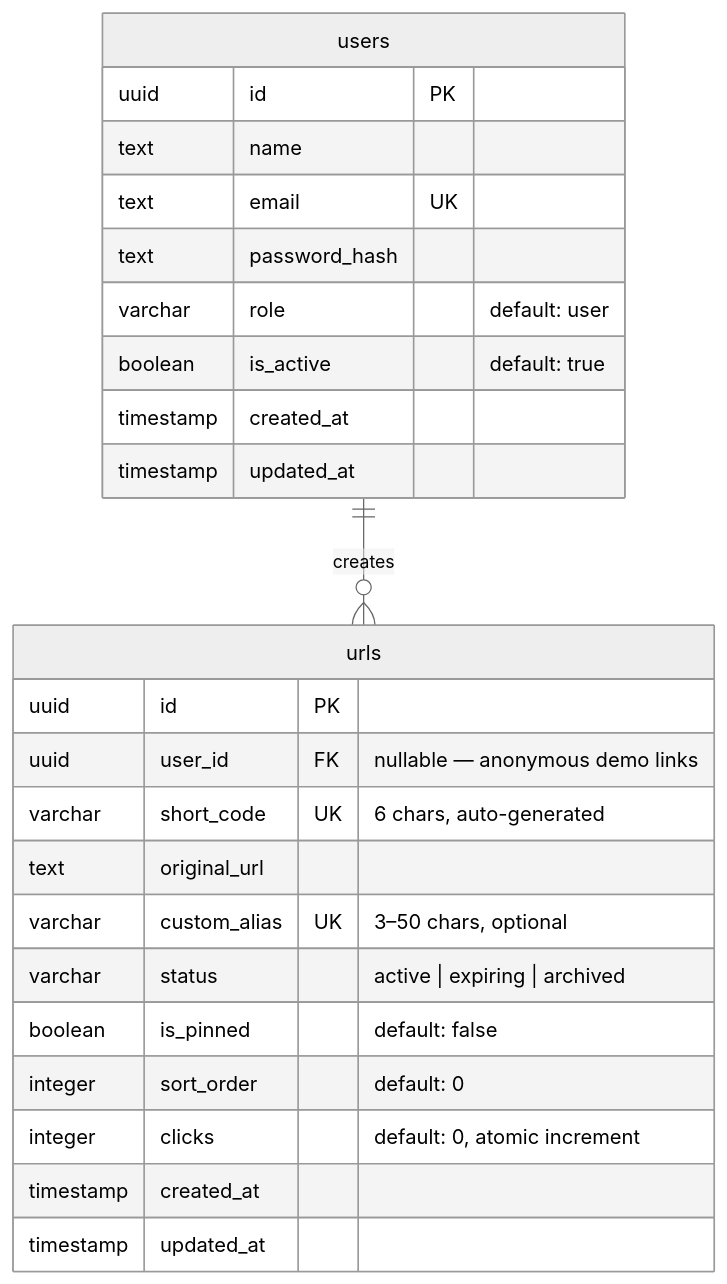
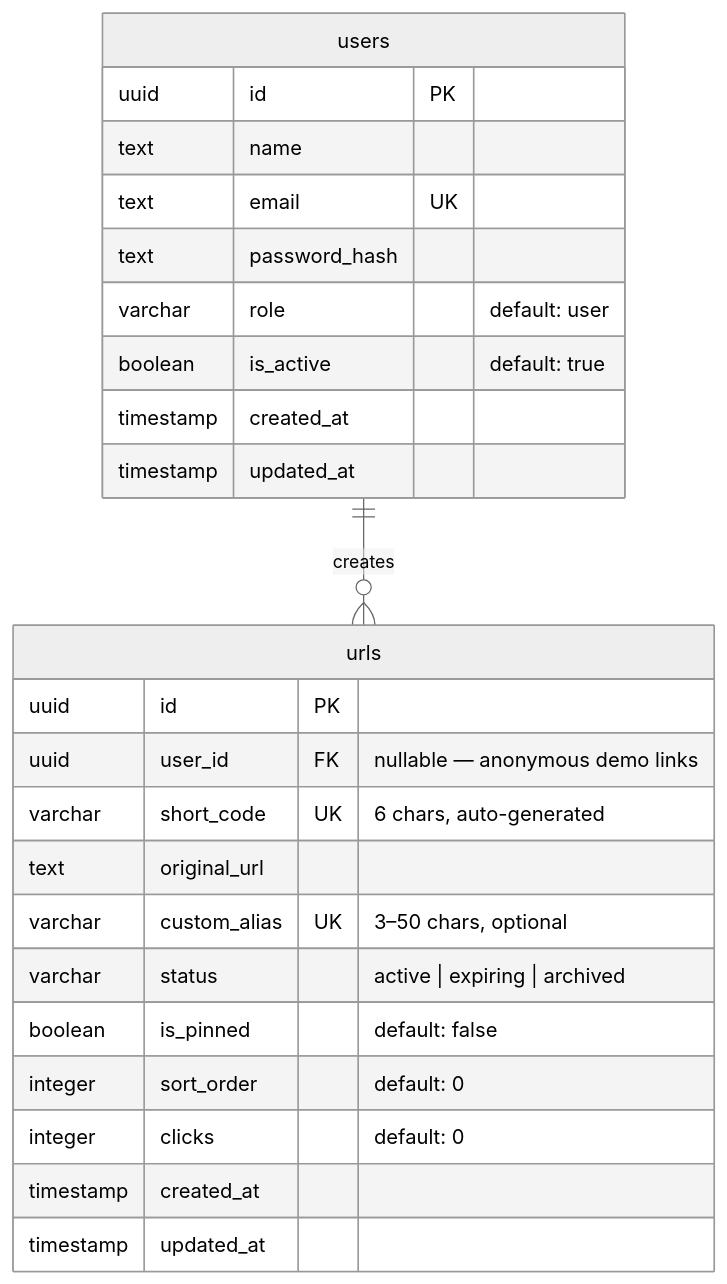
The second of 2 diagrams in README.md (Harshkatare/clicku-url-shortener), drawn with Mermaid (neutral theme) before and after one commit. The commit also changed other lines of this file and 2 other files, not shown here.

````diff
--- a/README.md
+++ b/README.md
@@ -182,27 +182,27 @@
 ```mermaid
 erDiagram
     users ||--o{ urls : creates
     users {
         uuid id PK
         text name
         text email UK
         text password_hash
         varchar role "default: user"
         boolean is_active "default: true"
         timestamp created_at
         timestamp updated_at
     }
     urls {
         uuid id PK
         uuid user_id FK "nullable — anonymous demo links"
         varchar short_code UK "6 chars, auto-generated"
         text original_url
         varchar custom_alias UK "3–50 chars, optional"
         varchar status "active | expiring | archived"
         boolean is_pinned "default: false"
         integer sort_order "default: 0"
-        integer clicks "default: 0, atomic increment"
+        integer clicks "default: 0"
         timestamp created_at
         timestamp updated_at
     }
 ```
````
